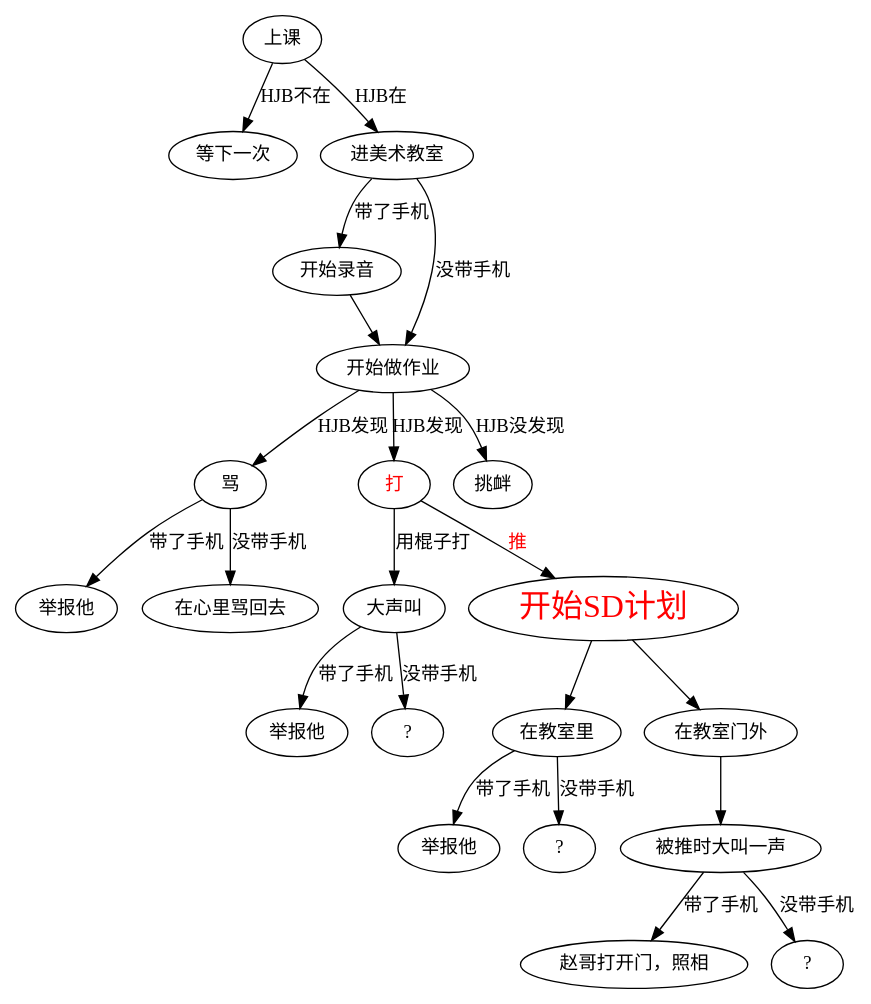
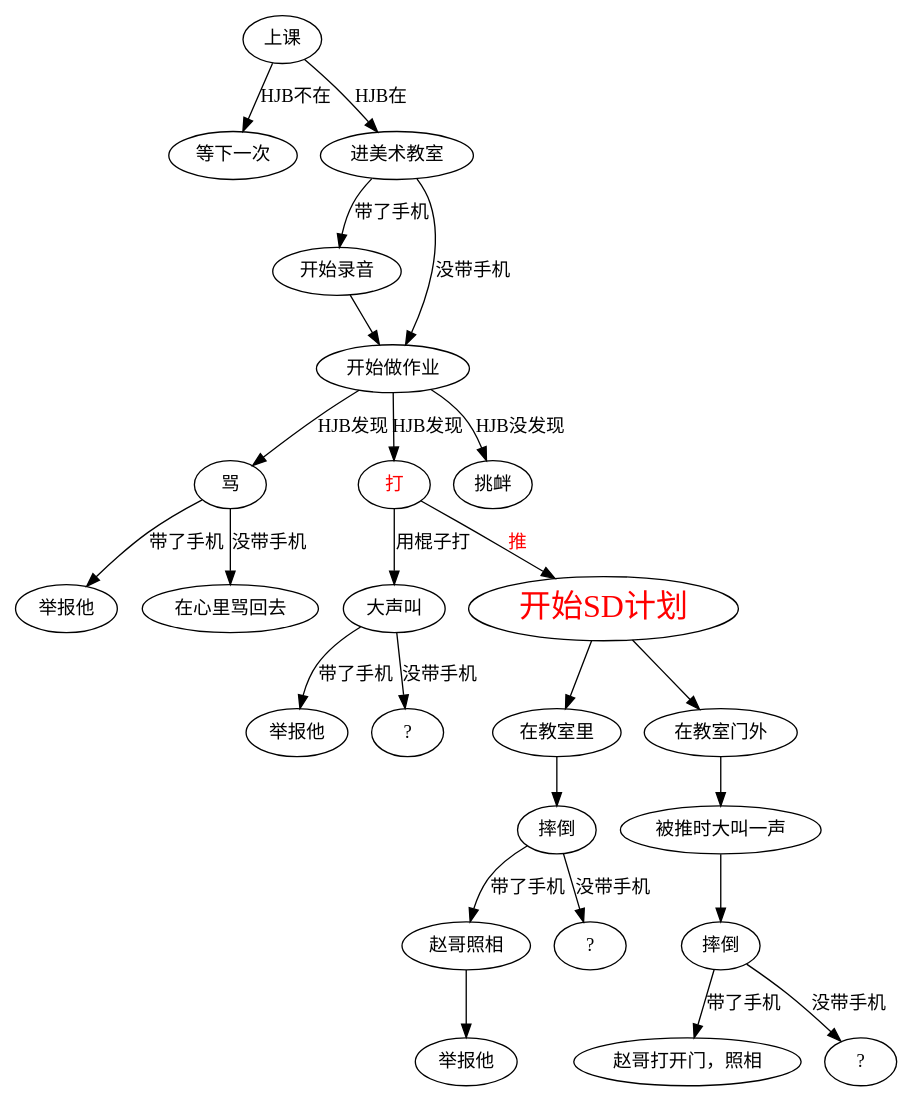
The diagram in SD.dot (tsfksj/HJB-Dot), drawn with Graphviz before and after one commit. The commit also changed 1 other file, not shown here.

```diff
--- a/SD.dot
+++ b/SD.dot
@@ -1,53 +1,59 @@
 digraph HJB{
   edge [fontname = "Microsoft YaHei"];
   node [fontname = "Microsoft YaHei"];
   ShangKe[label = "上课"];
   ShangKe_Noz[label = "等下一次"];
   ShangKe_Z[label = "进美术教室"];
 
   Phone_D[label = "开始录音"];
   Work_Start[label = "开始做作业"];
 
   HJB_Ma[label = "骂"];
   HJB_Da[label = "打",fontcolor=Red];
 
   HJB_Ma_Phone[label = "举报他"];
   HJB_Ma_No[label = "在心里骂回去"];
 
 
   HJB_Da_GZ[label = "大声叫"]//用棍子打
   HJB_Da_GZ_Phone[label = "举报他"];
   HJB_Da_GZ_No[label = "?"];
 
   We_TiaoXin[label = "挑衅"];
+  SD_JS_D[label = "摔倒"];
+  SD_DO_D[label = "摔倒"];
   SD_Start[label = "开始SD计划",fontcolor=Red,fontsize=24,fillcolor=Yellow];
   SD_JS[label = "在教室里"];
-  SD_JS_Phone[label = "举报他"];
+  SD_JS_Phone[label = "赵哥照相"];
+  SD_JS_J[label = "举报他"];
   SD_JS_No[label = "?"];
 
   SD_DO[label = "在教室门外"];
   SD_DO_Han[label = "被推时大叫一声"];
   SD_DO_Phone[label = "赵哥打开门，照相"];
   SD_DO_No[label = "?"];
   ShangKe -> ShangKe_Noz[label = "HJB不在"];
   ShangKe -> ShangKe_Z[label = "HJB在"];
   ShangKe_Z -> Phone_D[label = "带了手机"]
   Phone_D -> Work_Start;
   ShangKe_Z -> Work_Start[label = "没带手机"];
   Work_Start -> HJB_Ma[label = "HJB发现"];
   Work_Start -> HJB_Da[label = "HJB发现"];
   Work_Start -> We_TiaoXin[label = "HJB没发现"];
   HJB_Ma -> HJB_Ma_Phone[label = "带了手机"];
   HJB_Ma -> HJB_Ma_No[label = "没带手机"];
   HJB_Da -> SD_Start[label = "推",fontcolor=Red];
   HJB_Da -> HJB_Da_GZ[label = "用棍子打"];
   HJB_Da_GZ -> HJB_Da_GZ_Phone[label = "带了手机"];
   HJB_Da_GZ -> HJB_Da_GZ_No[label = "没带手机"];
   SD_Start -> SD_JS;
-  SD_JS -> SD_JS_Phone[label = "带了手机"];
-  SD_JS -> SD_JS_No[label = "没带手机"];
+  SD_JS -> SD_JS_D;
+  SD_JS_D -> SD_JS_Phone[label = "带了手机"];
+  SD_JS_Phone -> SD_JS_J;
+  SD_JS_D -> SD_JS_No[label = "没带手机"];
   SD_Start -> SD_DO;
   SD_DO -> SD_DO_Han;
-  SD_DO_Han -> SD_DO_Phone[label = "带了手机"];
-  SD_DO_Han -> SD_DO_No[label = "没带手机"];
+  SD_DO_Han -> SD_DO_D;
+  SD_DO_D -> SD_DO_Phone[label = "带了手机"];
+  SD_DO_D -> SD_DO_No[label = "没带手机"];
 }
```
